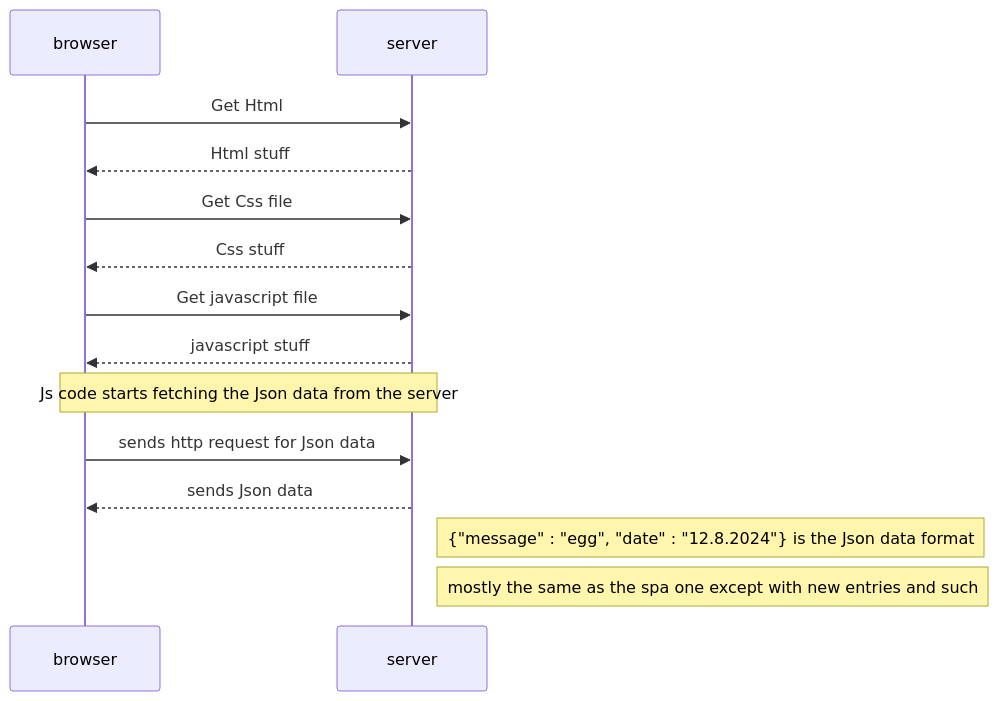
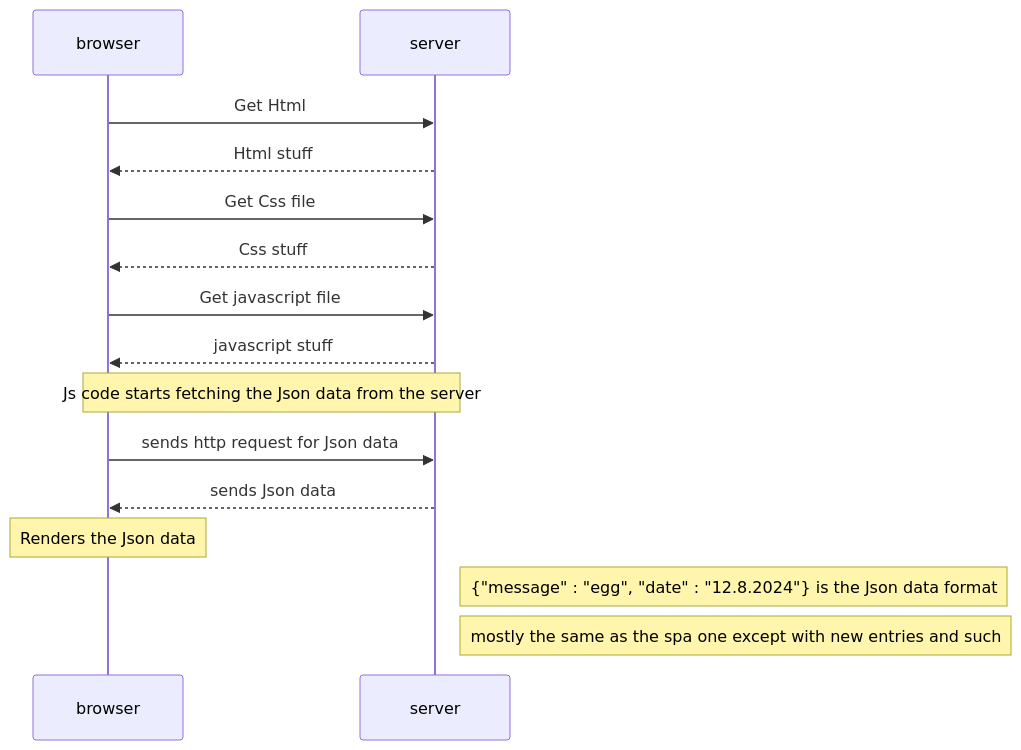
Before and after one commit to Eggeater48/fullStackOpen: the diagram in part0/exercise0_5.md, drawn with Mermaid.

````diff
--- a/part0/exercise0_5.md
+++ b/part0/exercise0_5.md
@@ -1,14 +1,15 @@
 ```mermaid
 sequenceDiagram
   browser ->> server: Get Html
   server -->> browser: Html stuff
   browser ->> server: Get Css file
   server -->> browser: Css stuff
   browser ->> server: Get javascript file
   server -->> browser: javascript stuff
   note over server, browser: Js code starts fetching the Json data from the server
   browser ->> server: sends http request for Json data
   server -->> browser: sends Json data
+  note over browser: Renders the Json data
   note right of server: {"message" : "egg", "date" : "12.8.2024"} is the Json data format
   note right of server: mostly the same as the spa one except with new entries and such
 ```
````
